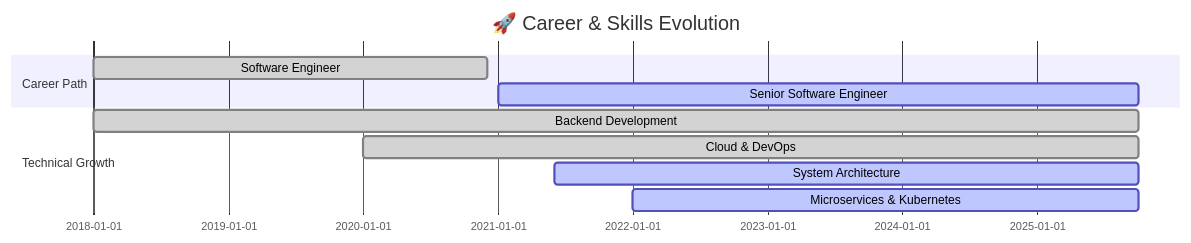
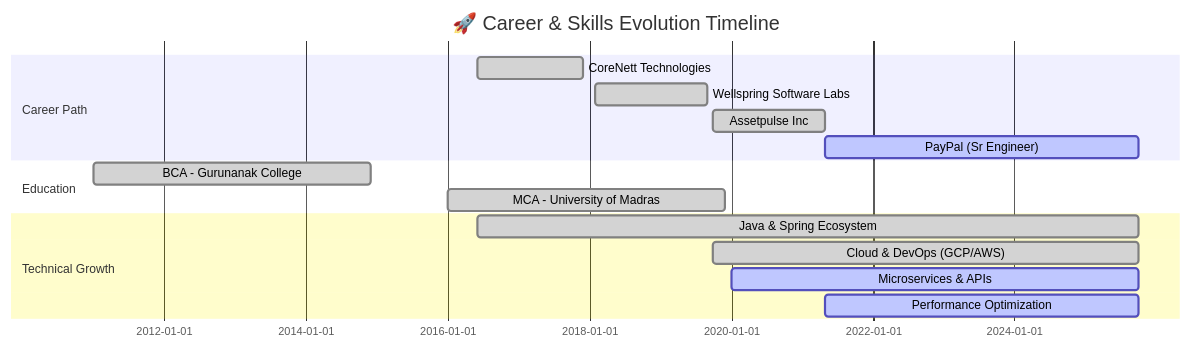
Before and after one commit to sarvarunajvm/sarvarunajvm: the diagram in README.md, drawn with Mermaid. The commit also changed other lines of this file, not shown here.

````diff
--- a/README.md
+++ b/README.md
@@ -358,13 +410,18 @@
 ```mermaid
 gantt
-    title 🚀 Career & Skills Evolution
+    title 🚀 Career & Skills Evolution Timeline
     dateFormat YYYY-MM
     section Career Path
-    Software Engineer           :done, 2018-01, 2020-12
-    Senior Software Engineer    :active, 2021-01, 2025-10
+    CoreNett Technologies       :done, 2016-06, 2017-12
+    Wellspring Software Labs    :done, 2018-02, 2019-09
+    Assetpulse Inc             :done, 2019-10, 2021-05
+    PayPal (Sr Engineer)       :active, 2021-05, 2025-10
+    section Education
+    BCA - Gurunanak College    :done, 2011-01, 2014-12
+    MCA - University of Madras :done, 2016-01, 2019-12
     section Technical Growth
-    Backend Development         :done, 2018-01, 2025-10
-    Cloud & DevOps             :done, 2020-01, 2025-10
-    System Architecture        :active, 2021-06, 2025-10
-    Microservices & Kubernetes :active, 2022-01, 2025-10
+    Java & Spring Ecosystem    :done, 2016-06, 2025-10
+    Cloud & DevOps (GCP/AWS)   :done, 2019-10, 2025-10
+    Microservices & APIs       :active, 2020-01, 2025-10
+    Performance Optimization   :active, 2021-05, 2025-10
 ```
````
